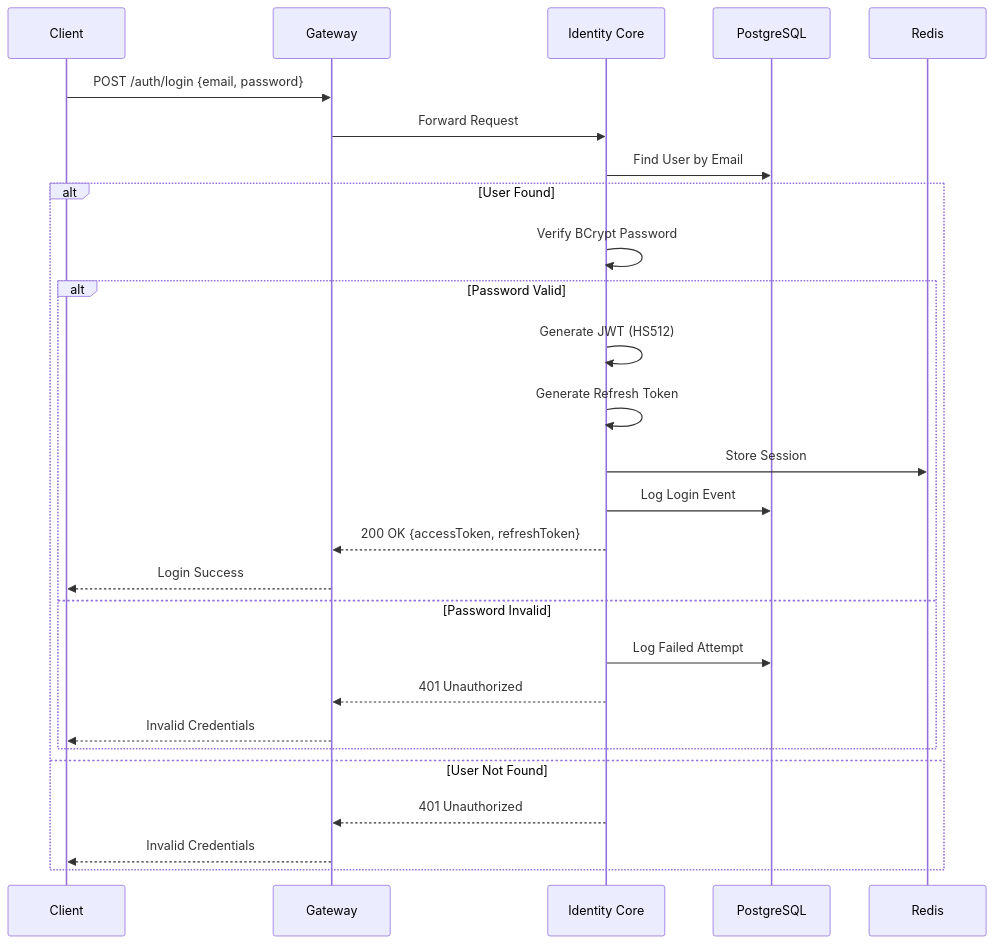
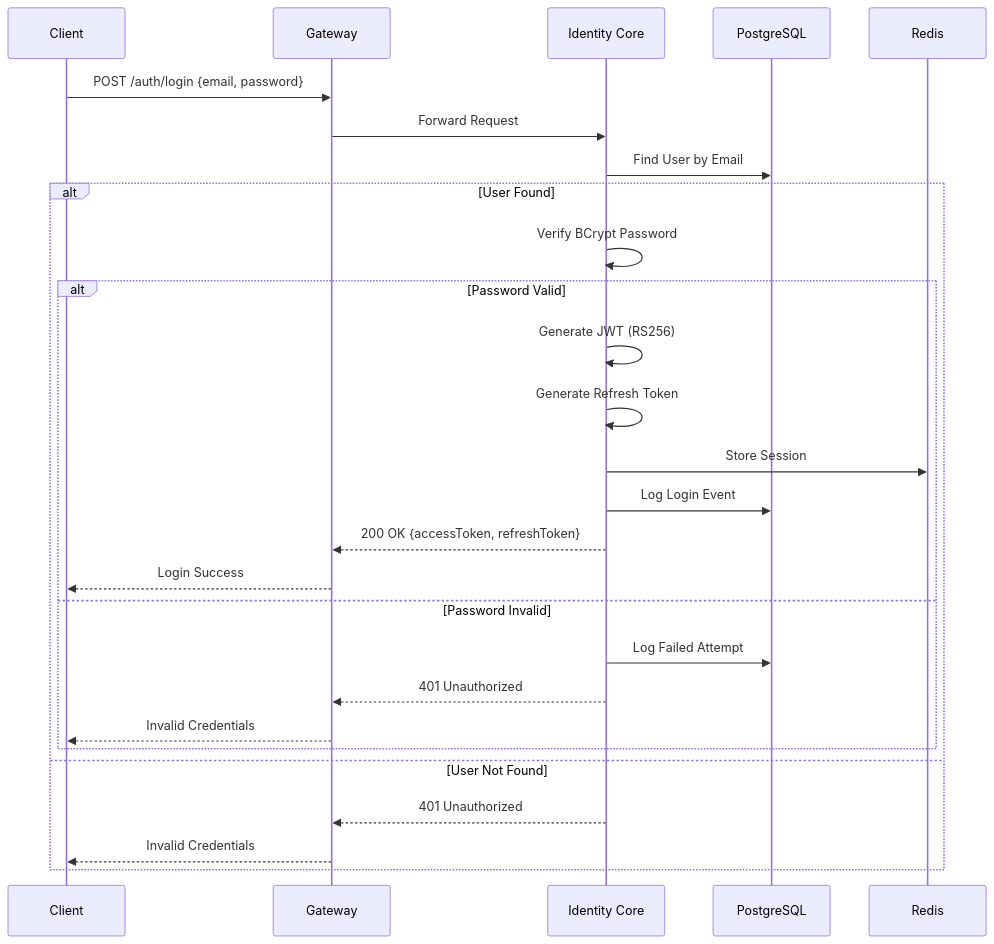
Before and after one commit to Rollingcat-Software/docs: diagram 12 of 20 in 02-architecture/ARCHITECTURE_DIAGRAMS.md, drawn with Mermaid. The commit also changed other lines of this file and 7 other files, not shown here.

First line of the commit message:
docs(round2): emails, SDK CDN delivery, wire orphan diagrams (#17)

````diff
--- a/02-architecture/ARCHITECTURE_DIAGRAMS.md
+++ b/02-architecture/ARCHITECTURE_DIAGRAMS.md
@@ -474,31 +474,31 @@
 ```mermaid
 sequenceDiagram
     participant C as Client
     participant GW as Gateway
     participant ICA as Identity Core
     participant DB as PostgreSQL
     participant RD as Redis
 
     C->>GW: POST /auth/login {email, password}
     GW->>ICA: Forward Request
     ICA->>DB: Find User by Email
 
     alt User Found
         ICA->>ICA: Verify BCrypt Password
         alt Password Valid
-            ICA->>ICA: Generate JWT (HS512)
+            ICA->>ICA: Generate JWT (RS256)
             ICA->>ICA: Generate Refresh Token
             ICA->>RD: Store Session
             ICA->>DB: Log Login Event
             ICA-->>GW: 200 OK {accessToken, refreshToken}
             GW-->>C: Login Success
         else Password Invalid
             ICA->>DB: Log Failed Attempt
             ICA-->>GW: 401 Unauthorized
             GW-->>C: Invalid Credentials
         end
     else User Not Found
         ICA-->>GW: 401 Unauthorized
         GW-->>C: Invalid Credentials
     end
 ```
````
